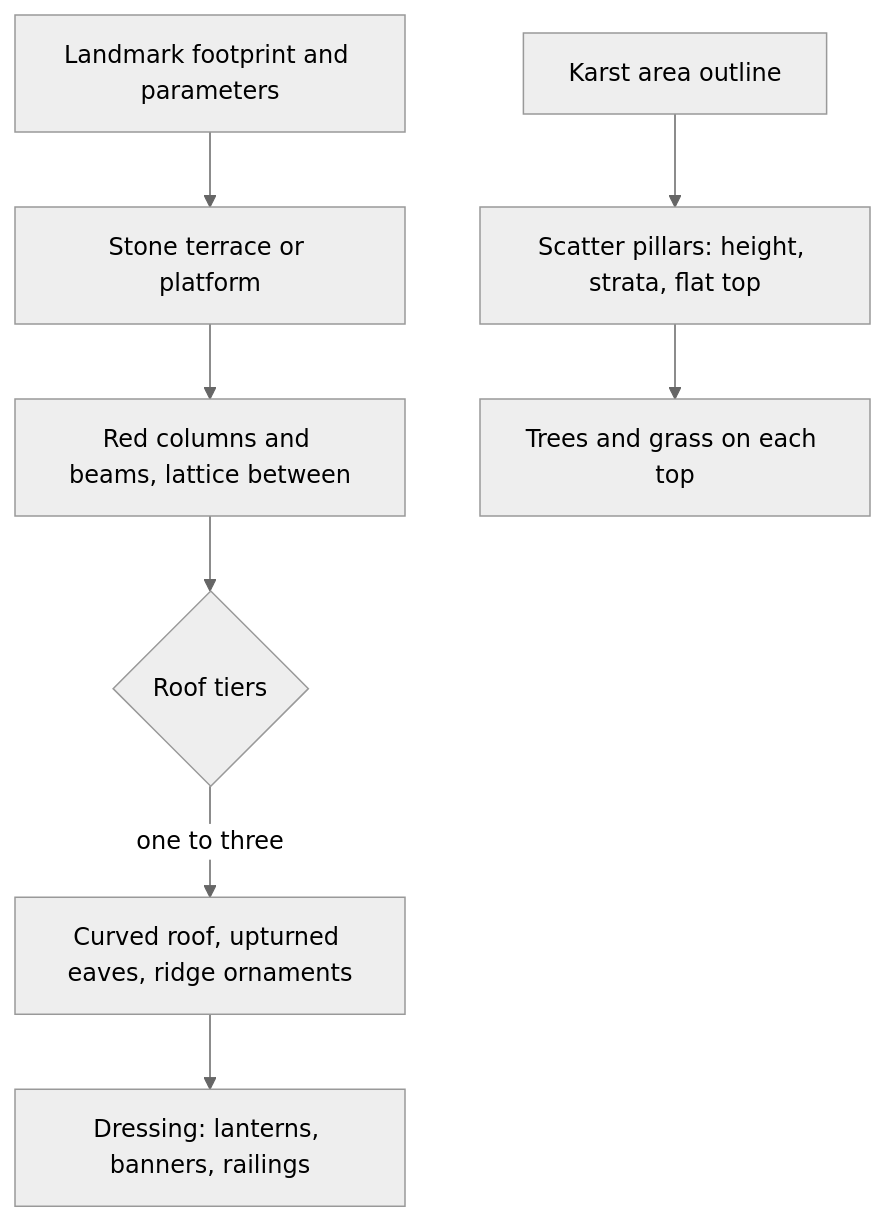
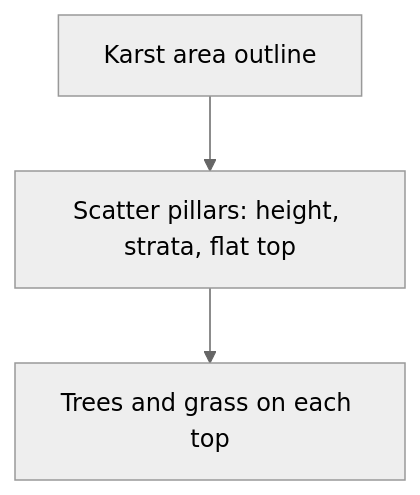
Before and after one commit to Esposter/Esposter: the diagram in apps/web/content/docs/proposals/genshin/liyue.md, drawn with Mermaid (neutral theme). The commit also changed other lines of this file and 17 other files, not shown here.

First line of the commit message:
feat(genshin-engine): the Liyue building kit builds a stone terrace, red lacquer and one to three upturned roof tiers

````diff
--- a/apps/web/content/docs/proposals/genshin/liyue.md
+++ b/apps/web/content/docs/proposals/genshin/liyue.md
@@ -29,10 +25,5 @@
 ```mermaid
 flowchart TD
-  FP[Landmark footprint and parameters] --> BS[Stone terrace or platform]
-  BS --> CO[Red columns and beams, lattice between]
-  CO --> T{Roof tiers}
-  T -->|one to three| RO[Curved roof, upturned eaves, ridge ornaments]
-  RO --> DR[Dressing: lanterns, banners, railings]
   KS[Karst area outline] --> SC[Scatter pillars: height, strata, flat top]
   SC --> TOP[Trees and grass on each top]
 ```
````
